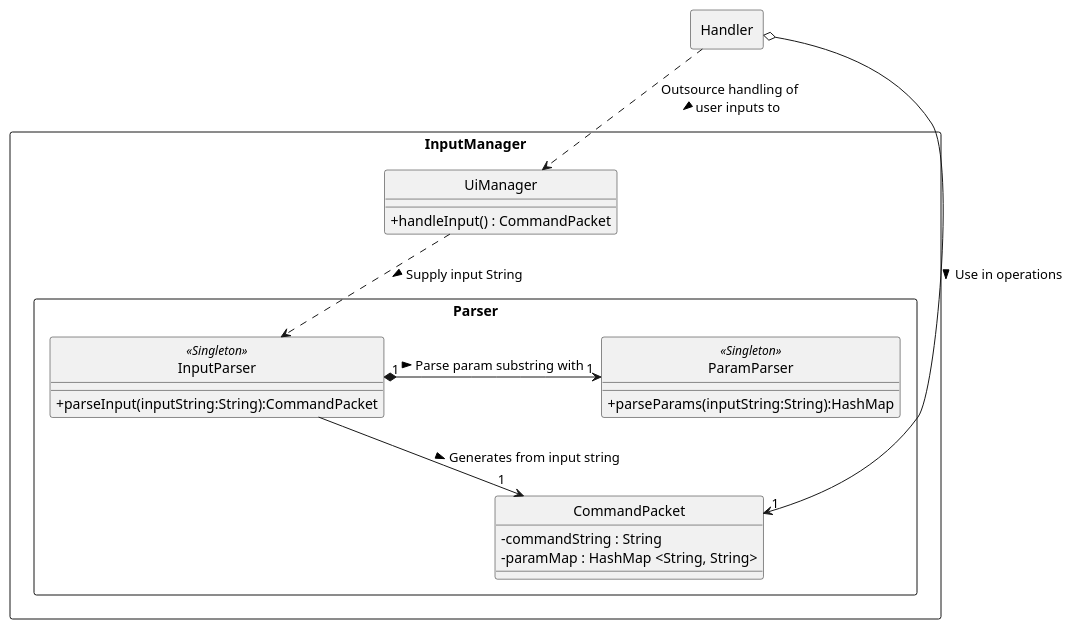
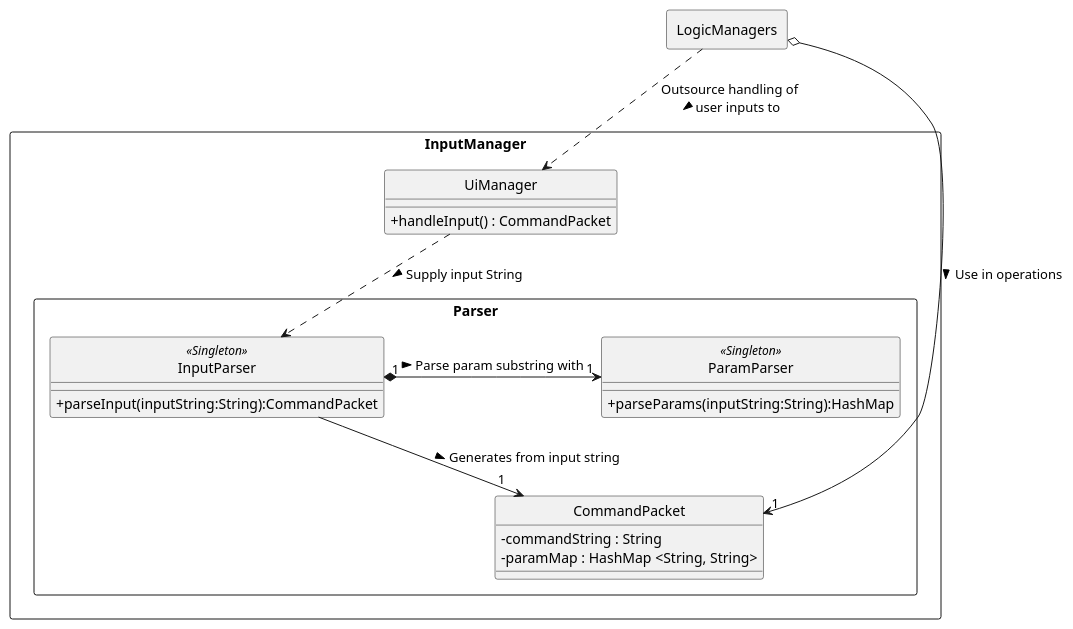
One commit to nus-cs2113-AY2021S1/tp changed the diagram in docs/uml_images/manualTracker/InputManager.puml. Above: the diagram before and after it, drawn with PlantUML. The commit also changed 32 other files, not shown here.

```diff
--- a/docs/uml_images/manualTracker/InputManager.puml
+++ b/docs/uml_images/manualTracker/InputManager.puml
@@ -1,46 +1,46 @@
 @startuml
 hide circle
 skinparam classAttributeIconSize 0
 skinparam shadowing false
 skinparam package<<Layout>> {
   borderColor Transparent
   backgroundColor Transparent
   fontColor Transparent
   stereotypeFontColor Transparent
 }
 
 rectangle InputManager {
     rectangle Parser{
         class InputParser <<Singleton>> {
             + parseInput(inputString:String):CommandPacket
         }
 
         class ParamParser <<Singleton>> {
             + parseParams(inputString:String):HashMap
         }
         InputParser "1" *-> "1"ParamParser : Parse param substring with >
 
         class CommandPacket {
             - commandString : String
             - paramMap : HashMap <String, String>
         }
     }
 
     class UiManager {
         + handleInput() : CommandPacket
     }
 }
 
 UiManager ..> InputParser : Supply input String >
-Handler ..> UiManager : Outsource handling of \nuser inputs to >
+LogicManagers ..> UiManager : Outsource handling of \nuser inputs to >
 InputParser --> "1" CommandPacket : Generates from input string >
-Handler o-> "1" CommandPacket : Use in operations >
+LogicManagers o-> "1" CommandPacket : Use in operations >
 
 
-rectangle Handler {
+rectangle LogicManagers {
 
 }
 
 
 
 @enduml
```
